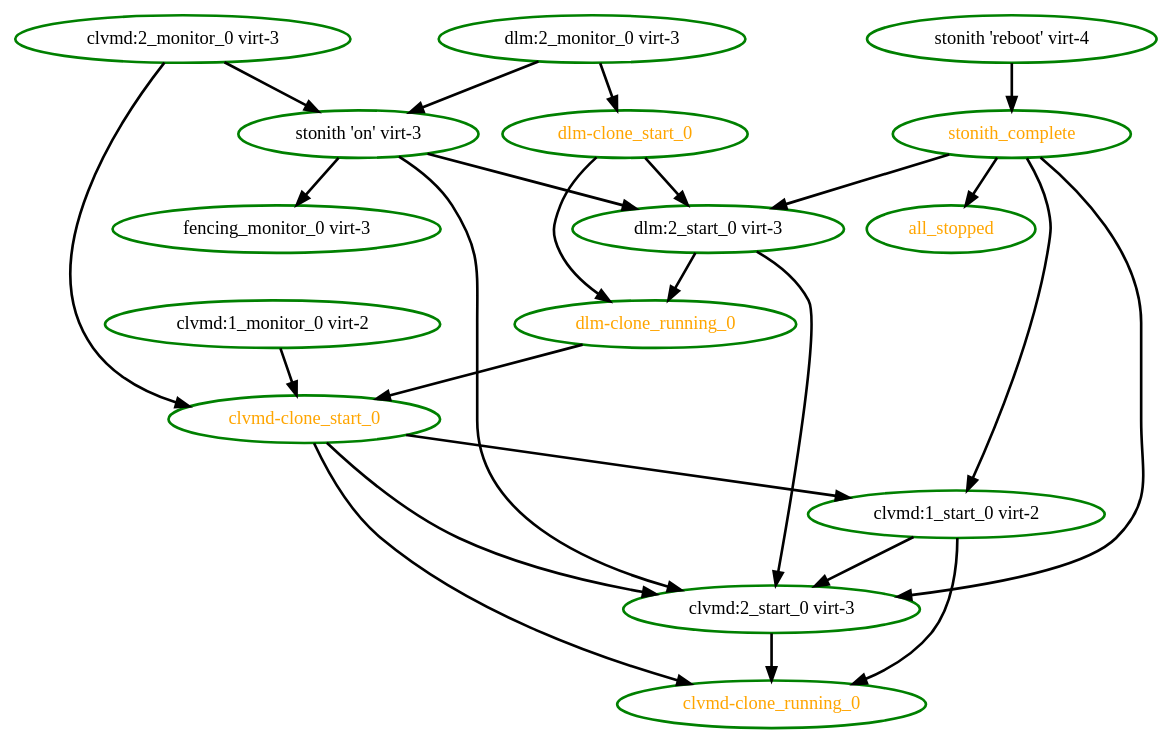
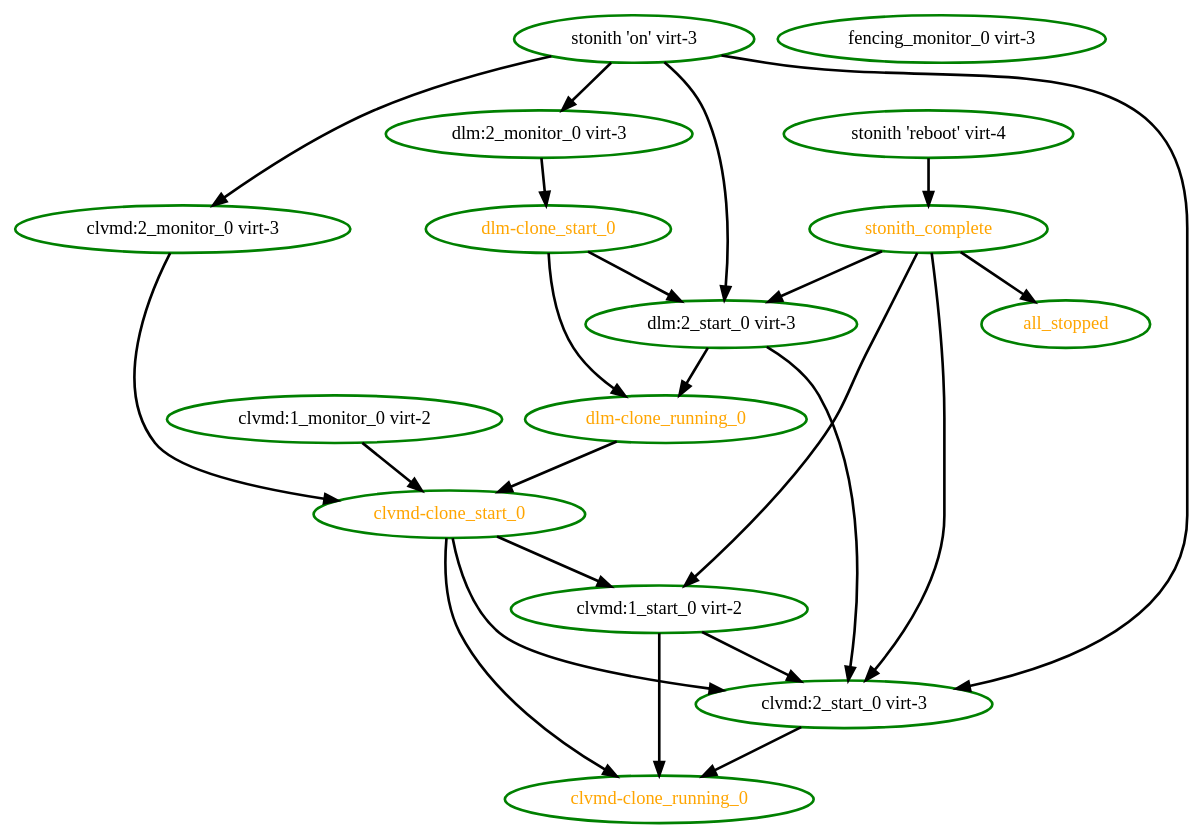
The diagram in pengine/test10/unfence-startup.dot (ClusterLabs/pacemaker), drawn with Graphviz before and after one commit. The commit also changed 169 other files, not shown here.

```diff
--- a/pengine/test10/unfence-startup.dot
+++ b/pengine/test10/unfence-startup.dot
@@ -1,41 +1,40 @@
 digraph "g" {
 "all_stopped" [ style=bold color="green" fontcolor="orange"]
 "clvmd-clone_running_0" [ style=bold color="green" fontcolor="orange"]
 "clvmd-clone_start_0" -> "clvmd-clone_running_0" [ style = bold]
 "clvmd-clone_start_0" -> "clvmd:1_start_0 virt-2" [ style = bold]
 "clvmd-clone_start_0" -> "clvmd:2_start_0 virt-3" [ style = bold]
 "clvmd-clone_start_0" [ style=bold color="green" fontcolor="orange"]
 "clvmd:1_monitor_0 virt-2" -> "clvmd-clone_start_0" [ style = bold]
 "clvmd:1_monitor_0 virt-2" [ style=bold color="green" fontcolor="black"]
 "clvmd:1_start_0 virt-2" -> "clvmd-clone_running_0" [ style = bold]
 "clvmd:1_start_0 virt-2" -> "clvmd:2_start_0 virt-3" [ style = bold]
 "clvmd:1_start_0 virt-2" [ style=bold color="green" fontcolor="black"]
 "clvmd:2_monitor_0 virt-3" -> "clvmd-clone_start_0" [ style = bold]
-"clvmd:2_monitor_0 virt-3" -> "stonith 'on' virt-3" [ style = bold]
 "clvmd:2_monitor_0 virt-3" [ style=bold color="green" fontcolor="black"]
 "clvmd:2_start_0 virt-3" -> "clvmd-clone_running_0" [ style = bold]
 "clvmd:2_start_0 virt-3" [ style=bold color="green" fontcolor="black"]
 "dlm-clone_running_0" -> "clvmd-clone_start_0" [ style = bold]
 "dlm-clone_running_0" [ style=bold color="green" fontcolor="orange"]
 "dlm-clone_start_0" -> "dlm-clone_running_0" [ style = bold]
 "dlm-clone_start_0" -> "dlm:2_start_0 virt-3" [ style = bold]
 "dlm-clone_start_0" [ style=bold color="green" fontcolor="orange"]
 "dlm:2_monitor_0 virt-3" -> "dlm-clone_start_0" [ style = bold]
-"dlm:2_monitor_0 virt-3" -> "stonith 'on' virt-3" [ style = bold]
 "dlm:2_monitor_0 virt-3" [ style=bold color="green" fontcolor="black"]
 "dlm:2_start_0 virt-3" -> "clvmd:2_start_0 virt-3" [ style = bold]
 "dlm:2_start_0 virt-3" -> "dlm-clone_running_0" [ style = bold]
 "dlm:2_start_0 virt-3" [ style=bold color="green" fontcolor="black"]
 "fencing_monitor_0 virt-3" [ style=bold color="green" fontcolor="black"]
+"stonith 'on' virt-3" -> "clvmd:2_monitor_0 virt-3" [ style = bold]
 "stonith 'on' virt-3" -> "clvmd:2_start_0 virt-3" [ style = bold]
+"stonith 'on' virt-3" -> "dlm:2_monitor_0 virt-3" [ style = bold]
 "stonith 'on' virt-3" -> "dlm:2_start_0 virt-3" [ style = bold]
-"stonith 'on' virt-3" -> "fencing_monitor_0 virt-3" [ style = bold]
 "stonith 'on' virt-3" [ style=bold color="green" fontcolor="black"]
 "stonith 'reboot' virt-4" -> "stonith_complete" [ style = bold]
 "stonith 'reboot' virt-4" [ style=bold color="green" fontcolor="black"]
 "stonith_complete" -> "all_stopped" [ style = bold]
 "stonith_complete" -> "clvmd:1_start_0 virt-2" [ style = bold]
 "stonith_complete" -> "clvmd:2_start_0 virt-3" [ style = bold]
 "stonith_complete" -> "dlm:2_start_0 virt-3" [ style = bold]
 "stonith_complete" [ style=bold color="green" fontcolor="orange"]
 }
```
